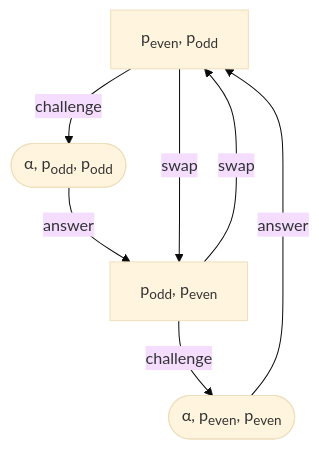
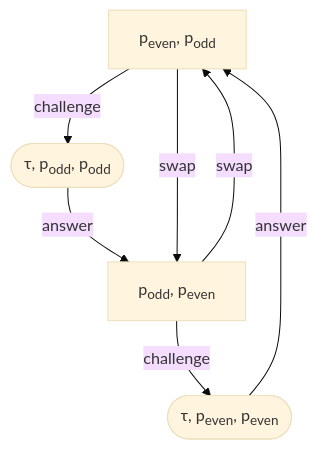
The eighth of 8 diagrams in 02_background.qmd (benkeks/generalized-equivalence-checking), drawn with Mermaid (base theme) before and after one commit. The commit also changed other lines of this file and 2 other files, not shown here.

````diff
--- a/02_background.qmd
+++ b/02_background.qmd
@@ -862,4 +862,4 @@
   ```{mermaid}
   flowchart TD
-    eo["p<sub>even</sub>, p<sub>odd</sub>"] -->|challenge| too(["α, p<sub>odd</sub>, p<sub>odd</sub>"]) -->|answer| oe["p<sub>odd</sub>, p<sub>even</sub>"] -->|challenge| tee(["α, p<sub>even</sub>, p<sub>even</sub>"]) -->|answer| eo -->|swap| oe -->|swap| eo
+    eo["p<sub>even</sub>, p<sub>odd</sub>"] -->|challenge| too(["τ, p<sub>odd</sub>, p<sub>odd</sub>"]) -->|answer| oe["p<sub>odd</sub>, p<sub>even</sub>"] -->|challenge| tee(["τ, p<sub>even</sub>, p<sub>even</sub>"]) -->|answer| eo -->|swap| oe -->|swap| eo
   ```
````
